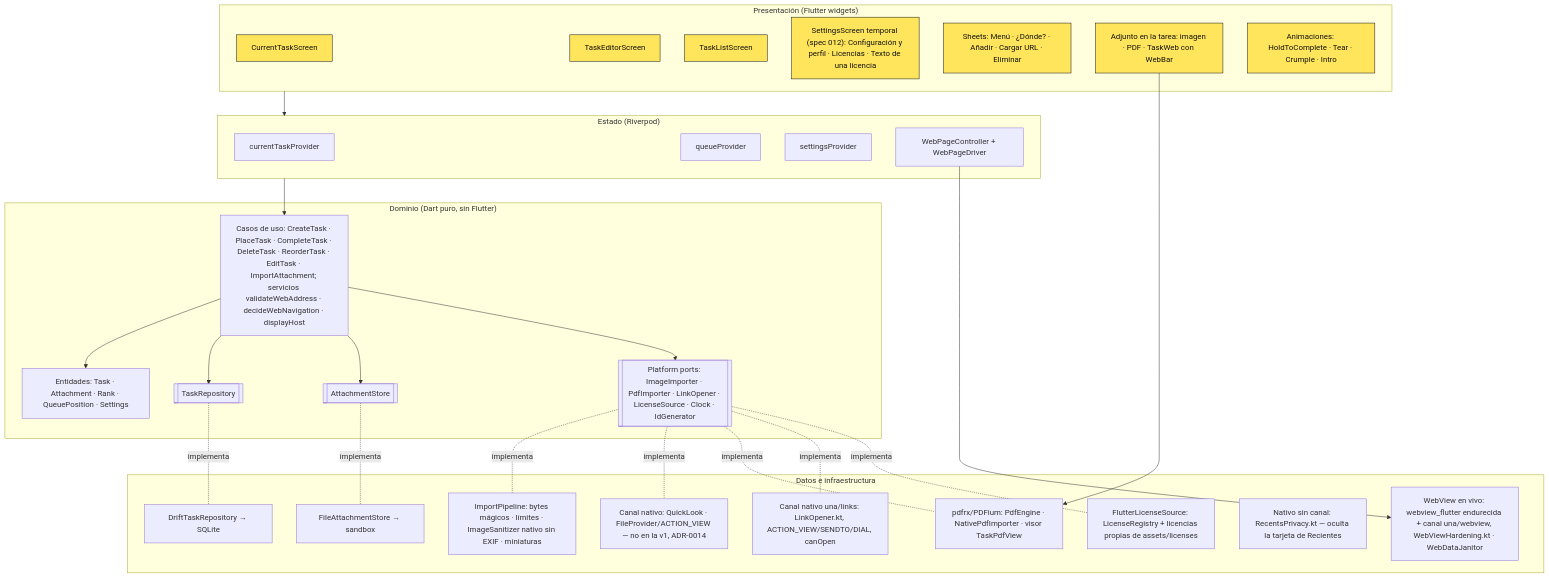
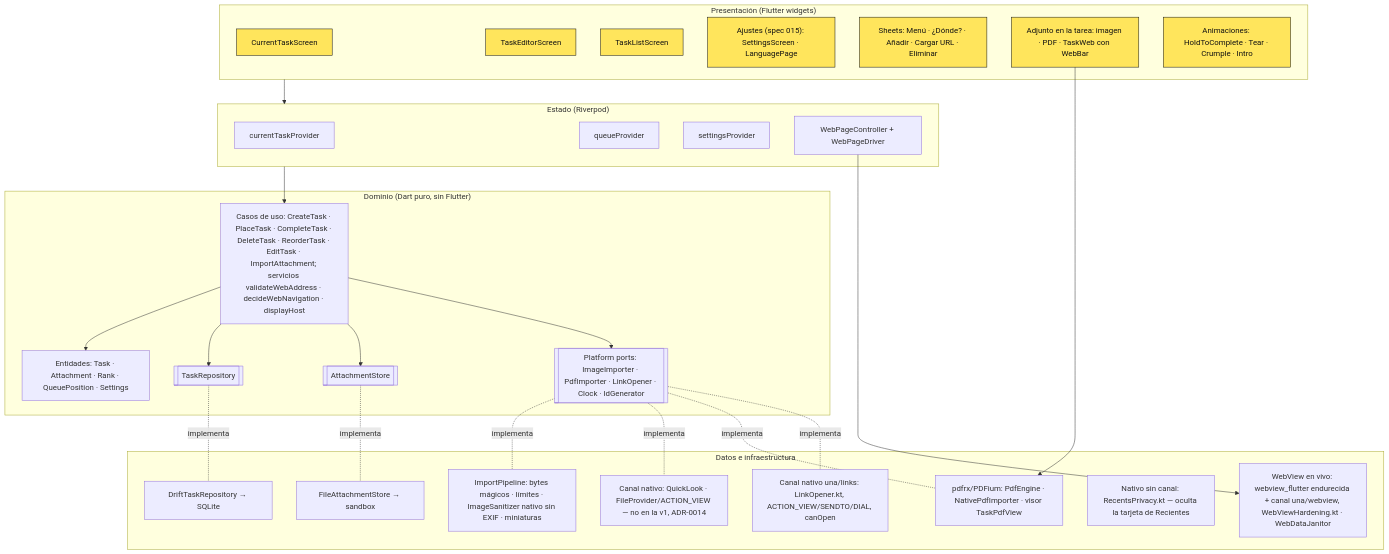
One commit to svallev/una changed the first of 4 diagrams in docs/architecture.md. Above: the diagram before and after it, drawn with Mermaid. The commit also changed other lines of this file and 144 other files, not shown here.

First line of the commit message:
feat(015): Settings screen with language choice, keep-screen-on and links to the web (#36)

````diff
--- a/docs/architecture.md
+++ b/docs/architecture.md
@@ -7,45 +7,44 @@
 ```mermaid
 flowchart TB
   subgraph UI["Presentación (Flutter widgets)"]
     S1[CurrentTaskScreen]:::ui
     S2[TaskEditorScreen]:::ui
     S3[TaskListScreen]:::ui
-    S4["SettingsScreen temporal (spec 012): Configuración y perfil · Licencias · Texto de una licencia"]:::ui
+    S4["Ajustes (spec 015): SettingsScreen · LanguagePage"]:::ui
     SH[Sheets: Menú · ¿Dónde? · Añadir · Cargar URL · Eliminar]:::ui
     V[Adjunto en la tarea: imagen · PDF · TaskWeb con WebBar]:::ui
     FX[Animaciones: HoldToComplete · Tear · Crumple · Intro]:::ui
   end
   subgraph STATE["Estado (Riverpod)"]
     P1[currentTaskProvider]
     P2[queueProvider]
     P3[settingsProvider]
     P4[WebPageController + WebPageDriver]
   end
   subgraph DOMAIN["Dominio (Dart puro, sin Flutter)"]
     UC[Casos de uso: CreateTask · PlaceTask · CompleteTask · DeleteTask · ReorderTask · EditTask · ImportAttachment; servicios validateWebAddress · decideWebNavigation · displayHost]
     E[Entidades: Task · Attachment · Rank · QueuePosition · Settings]
     RP[[TaskRepository]]
     AS[[AttachmentStore]]
-    PF[[Platform ports: ImageImporter · PdfImporter · LinkOpener · LicenseSource · Clock · IdGenerator]]
+    PF[[Platform ports: ImageImporter · PdfImporter · LinkOpener · Clock · IdGenerator]]
   end
   subgraph DATA["Datos e infraestructura"]
     DR[DriftTaskRepository → SQLite]
     FS[FileAttachmentStore → sandbox]
     IMP[ImportPipeline: bytes mágicos · límites · ImageSanitizer nativo sin EXIF · miniaturas]
     WV[WebView en vivo: webview_flutter endurecida + canal una/webview, WebViewHardening.kt · WebDataJanitor]
     PDF[pdfrx/PDFium: PdfEngine · NativePdfImporter · visor TaskPdfView]
     LNK[Canal nativo una/links: LinkOpener.kt, ACTION_VIEW/SENDTO/DIAL, canOpen]
-    LIC[FlutterLicenseSource: LicenseRegistry + licencias propias de assets/licenses]
     RC[Nativo sin canal: RecentsPrivacy.kt — oculta la tarjeta de Recientes]
     NV[Canal nativo: QuickLook · FileProvider/ACTION_VIEW — no en la v1, ADR-0014]
   end
   UI --> STATE --> UC
   UC --> E
   UC --> RP & AS & PF
   RP -.implementa.- DR
   AS -.implementa.- FS
-  PF -.implementa.- IMP & NV & PDF & LNK & LIC
+  PF -.implementa.- IMP & NV & PDF & LNK
   P4 --> WV
   V --> PDF
   classDef ui fill:#FFE55C,stroke:#111,color:#111
 ```
````
